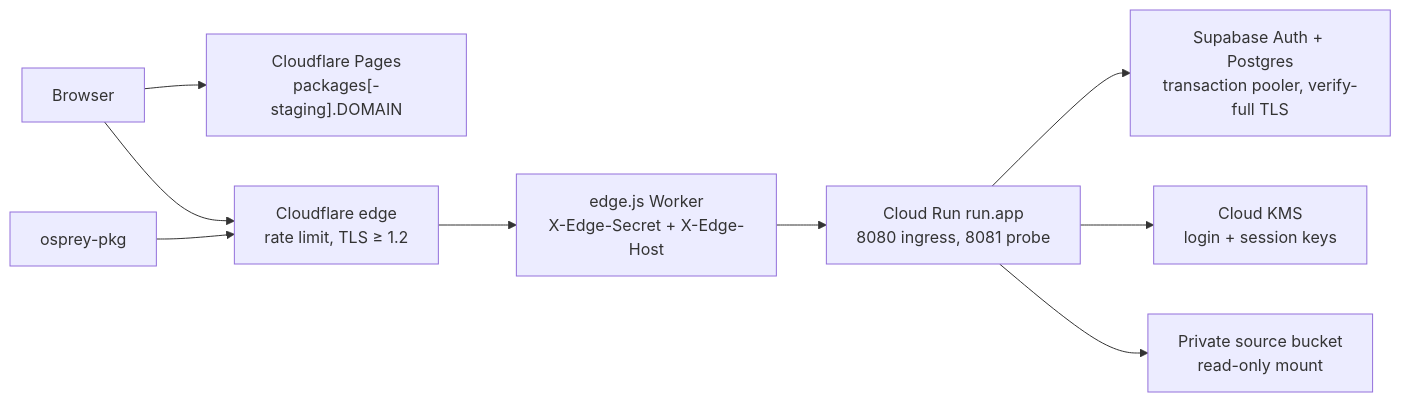
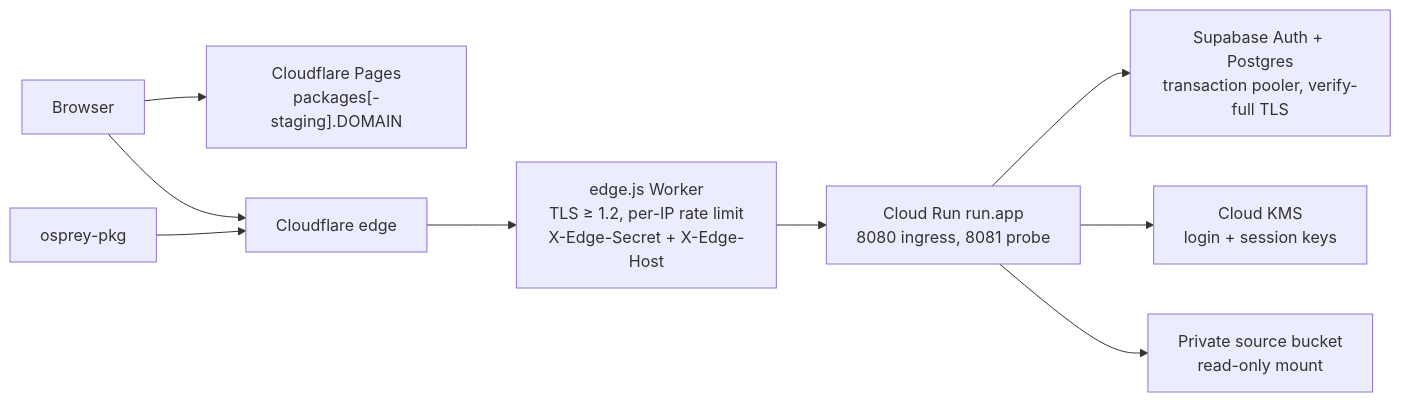
One commit to Nimblesite/osprey-packages changed the diagram in src/manager/ops/README.md. Above: the diagram before and after it, drawn with Mermaid. The commit also changed other lines of this file and 7 other files, not shown here.

````diff
--- a/src/manager/ops/README.md
+++ b/src/manager/ops/README.md
@@ -5,11 +5,11 @@
 ```mermaid
 flowchart LR
     Browser --> Pages["Cloudflare Pages<br/>packages[-staging].DOMAIN"]
     Browser --> Edge
-    CLI["osprey-pkg"] --> Edge["Cloudflare edge<br/>rate limit, TLS ≥ 1.2"]
-    Edge --> Worker["edge.js Worker<br/>X-Edge-Secret + X-Edge-Host"]
+    CLI["osprey-pkg"] --> Edge["Cloudflare edge"]
+    Edge --> Worker["edge.js Worker<br/>TLS ≥ 1.2, per-IP rate limit<br/>X-Edge-Secret + X-Edge-Host"]
     Worker --> Run["Cloud Run run.app<br/>8080 ingress, 8081 probe"]
     Run --> Supabase["Supabase Auth + Postgres<br/>transaction pooler, verify-full TLS"]
     Run --> KMS["Cloud KMS<br/>login + session keys"]
     Run --> GCS["Private source bucket<br/>read-only mount"]
 ```
````
